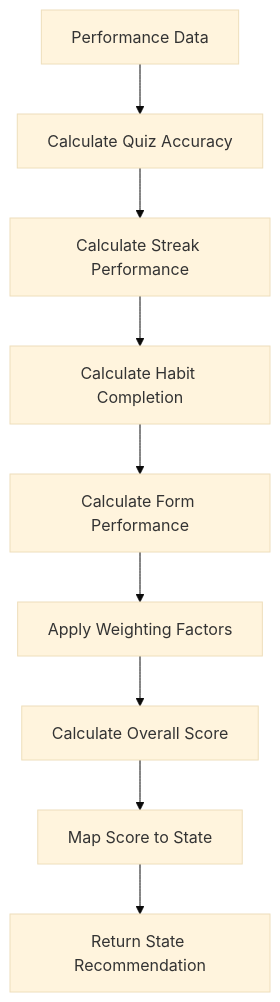
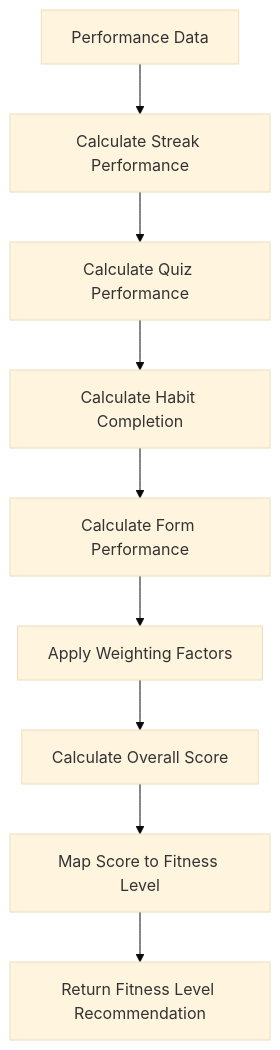
One commit to midearth-labs/fit-journey changed the fourth of 4 diagrams in game/design/low-level/avatar-progression-system.md. Above: the diagram before and after it, drawn with Mermaid (base theme). The commit also changed other lines of this file and 26 other files, not shown here.

````diff
--- a/game/design/low-level/avatar-progression-system.md
+++ b/game/design/low-level/avatar-progression-system.md
@@ -402,12 +353,12 @@
 ```mermaid
 flowchart TD
-    A[Performance Data] --> B[Calculate Quiz Accuracy]
-    B --> C[Calculate Streak Performance]
+    A[Performance Data] --> B[Calculate Streak Performance]
+    B --> C[Calculate Quiz Performance]
     C --> D[Calculate Habit Completion]
     D --> E[Calculate Form Performance]
     
     E --> F[Apply Weighting Factors]
     F --> G[Calculate Overall Score]
-    G --> H[Map Score to State]
-    H --> I[Return State Recommendation]
+    G --> H[Map Score to Fitness Level]
+    H --> I[Return Fitness Level Recommendation]
 ```
````
